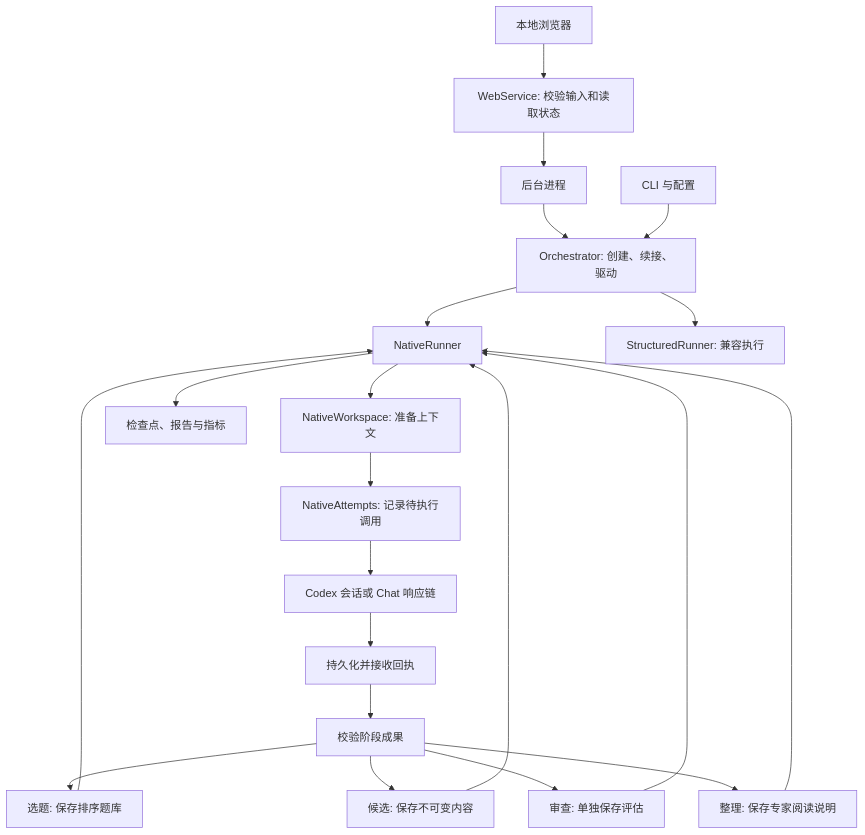
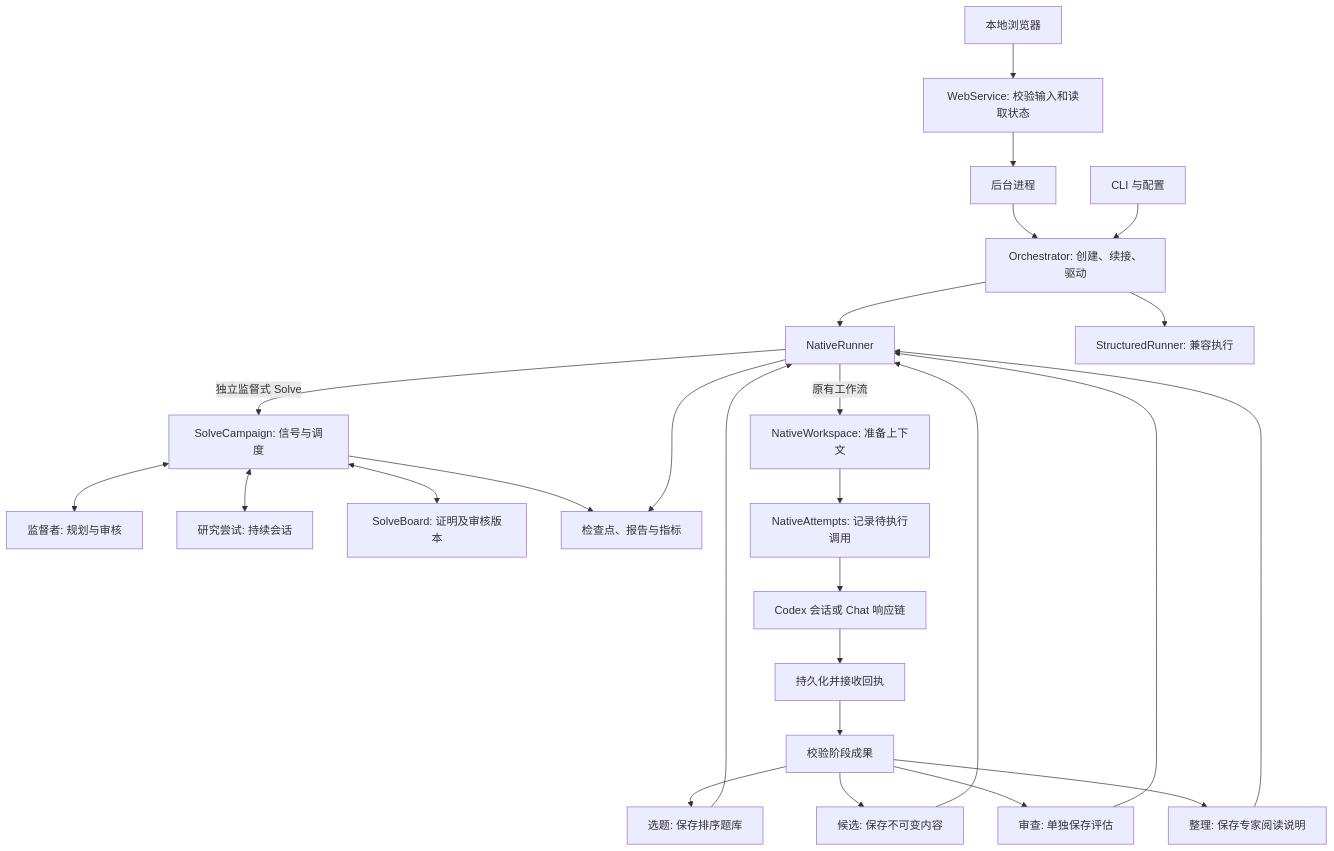
The diagram in docs/architecture.cn.md (intern233/MathLottery), drawn with Mermaid before and after one commit. The commit also changed other lines of this file and 55 other files, not shown here.

````diff
--- a/docs/architecture.cn.md
+++ b/docs/architecture.cn.md
@@ -97,23 +102,28 @@
 ```mermaid
 flowchart TD
     Browser[本地浏览器] --> Web[WebService: 校验输入和读取状态]
     Web --> Worker[后台进程]
     Worker --> Engine
     CLI[CLI 与配置] --> Engine[Orchestrator: 创建、续接、驱动]
     Engine --> Native[NativeRunner]
     Engine --> Legacy[StructuredRunner: 兼容执行]
-    Native --> Workspace[NativeWorkspace: 准备上下文]
+    Native -->|原有工作流| Workspace[NativeWorkspace: 准备上下文]
+    Native -->|独立监督式 Solve| Campaign[SolveCampaign: 信号与调度]
+    Campaign <--> Supervisor[监督者: 规划与审核]
+    Campaign <--> Researchers[研究尝试: 持续会话]
+    Campaign <--> Board[SolveBoard: 证明及审核版本]
+    Campaign --> Report
     Workspace --> Journal[NativeAttempts: 记录待执行调用]
     Journal --> Backend[Codex 会话或 Chat 响应链]
     Backend --> Receipt[持久化并接收回执]
     Receipt --> Milestone[校验阶段成果]
     Milestone --> Find[选题: 保存排序题库]
     Milestone --> Solve[候选: 保存不可变内容]
     Milestone --> Review[审查: 单独保存评估]
     Milestone --> Organize[整理: 保存专家阅读说明]
     Find --> Native
     Solve --> Native
     Review --> Native
     Organize --> Native
     Native --> Report[检查点、报告与指标]
 ```
````
